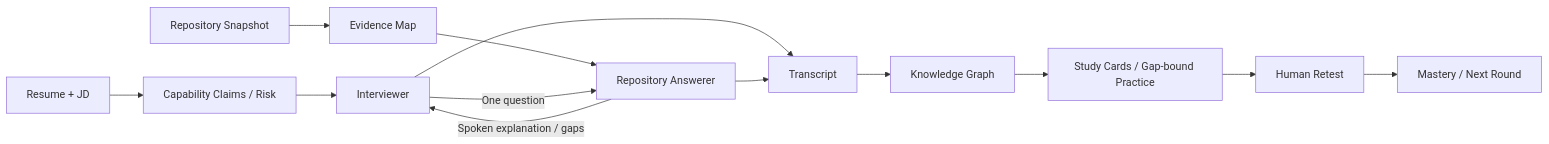
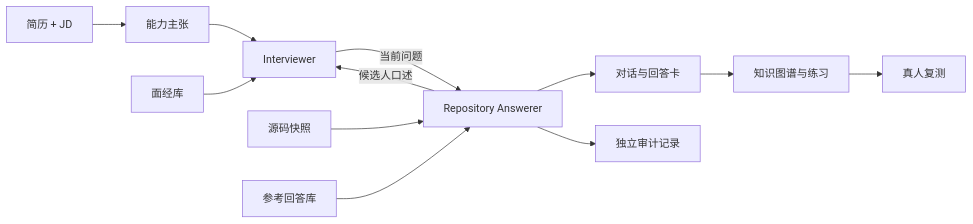
One commit to homulillew/InterviewForge changed the diagram in README.md. Above: the diagram before and after it, drawn with Mermaid. The commit also changed other lines of this file and 81 other files, not shown here.

````diff
--- a/README.md
+++ b/README.md
@@ -64,15 +137,14 @@
 ```mermaid
 flowchart LR
-    R[Resume + JD] --> C[Capability Claims / Risk]
+    R[简历 + JD] --> C[能力主张]
     C --> I[Interviewer]
-    Repo[Repository Snapshot] --> E[Evidence Map]
-    E --> A[Repository Answerer]
-    I -->|One question| A
-    A -->|Spoken explanation / gaps| I
-    I --> T[Transcript]
-    A --> T
-    T --> G[Knowledge Graph]
-    G --> S[Study Cards / Gap-bound Practice]
-    S --> H[Human Retest]
-    H --> M[Mastery / Next Round]
+    M[面经库] --> I
+    I -->|当前问题| A[Repository Answerer]
+    Repo[源码快照] --> A
+    Ref[参考回答库] --> A
+    A -->|候选人口述| I
+    A --> T[对话与回答卡]
+    A --> Audit[独立审计记录]
+    T --> G[知识图谱与练习]
+    G --> H[真人复测]
 ```
````
